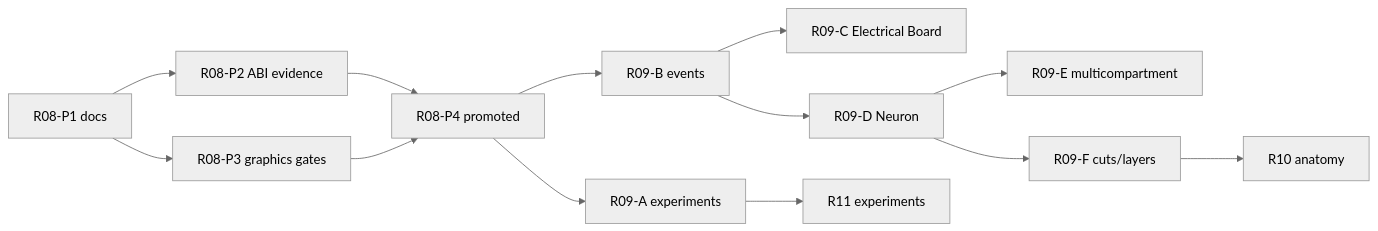
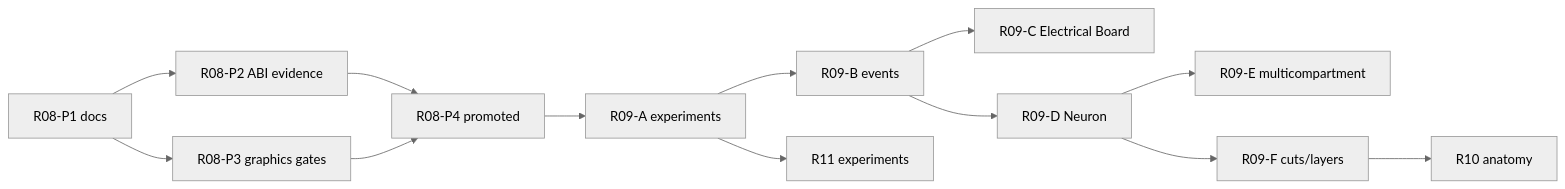
Before and after one commit to blightghp/blightghp: diagram 13 of 13 in ARCHITECTURE.md, drawn with Mermaid (neutral theme). The commit also changed other lines of this file and 8 other files, not shown here.

````diff
--- a/ARCHITECTURE.md
+++ b/ARCHITECTURE.md
@@ -449,15 +449,15 @@
 ```mermaid
 flowchart LR
     P1["R08-P1 docs"] --> P2["R08-P2 ABI evidence"]
     P1 --> P3["R08-P3 graphics gates"]
     P2 --> P4["R08-P4 promoted"]
     P3 --> P4
     P4 --> A["R09-A experiments"]
-    P4 --> B["R09-B events"]
+    A --> B["R09-B events"]
     B --> C["R09-C Electrical Board"]
     B --> D["R09-D Neuron"]
     D --> E["R09-E multicompartment"]
     D --> F["R09-F cuts/layers"]
     F --> ATLAS["R10 anatomy"]
     A --> EXP["R11 experiments"]
 ```
````
